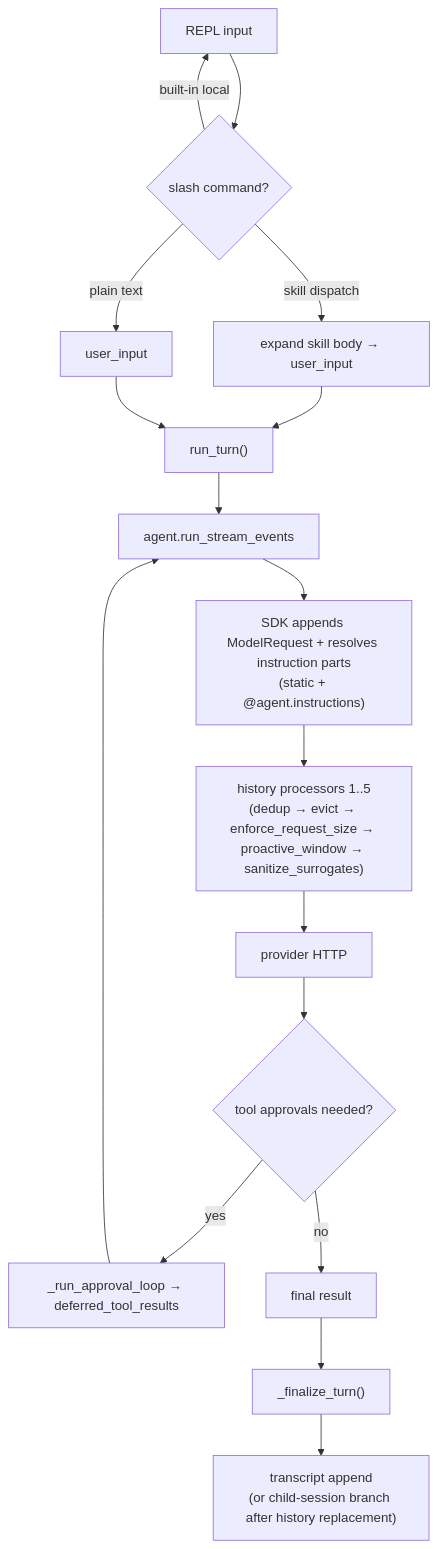
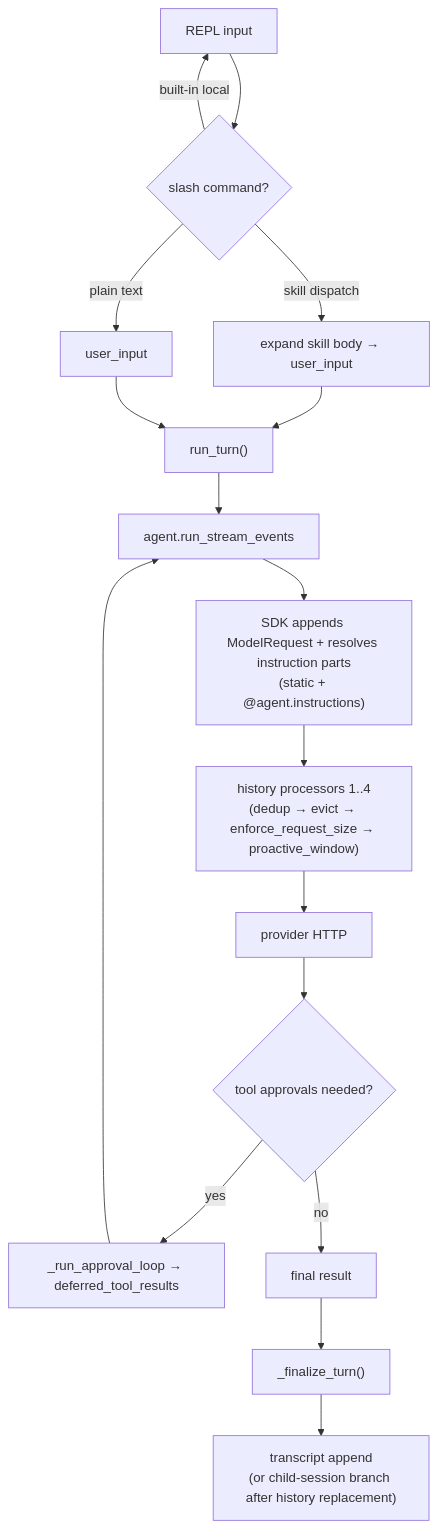
One commit to binlecode/co-cli changed the first of 2 diagrams in docs/specs/core-loop.md. Above: the diagram before and after it, drawn with Mermaid. The commit also changed other lines of this file and 7 other files, not shown here.

````diff
--- a/docs/specs/core-loop.md
+++ b/docs/specs/core-loop.md
@@ -12,21 +12,21 @@
 ```mermaid
 flowchart TD
     A["REPL input"] --> B{"slash command?"}
     B -->|built-in local| A
     B -->|skill dispatch| C["expand skill body → user_input"]
     B -->|plain text| D["user_input"]
     C --> E["run_turn()"]
     D --> E
 
     E --> F["agent.run_stream_events"]
     F --> G["SDK appends ModelRequest + resolves instruction parts<br/>(static + @agent.instructions)"]
-    G --> H["history processors 1..5<br/>(dedup → evict → enforce_request_size → proactive_window → sanitize_surrogates)"]
+    G --> H["history processors 1..4<br/>(dedup → evict → enforce_request_size → proactive_window)"]
     H --> I["provider HTTP"]
     I --> J{"tool approvals needed?"}
     J -->|yes| K["_run_approval_loop → deferred_tool_results"]
     K --> F
     J -->|no| L["final result"]
 
     L --> M["_finalize_turn()"]
     M --> N["transcript append<br/>(or child-session branch after history replacement)"]
 ```
````
